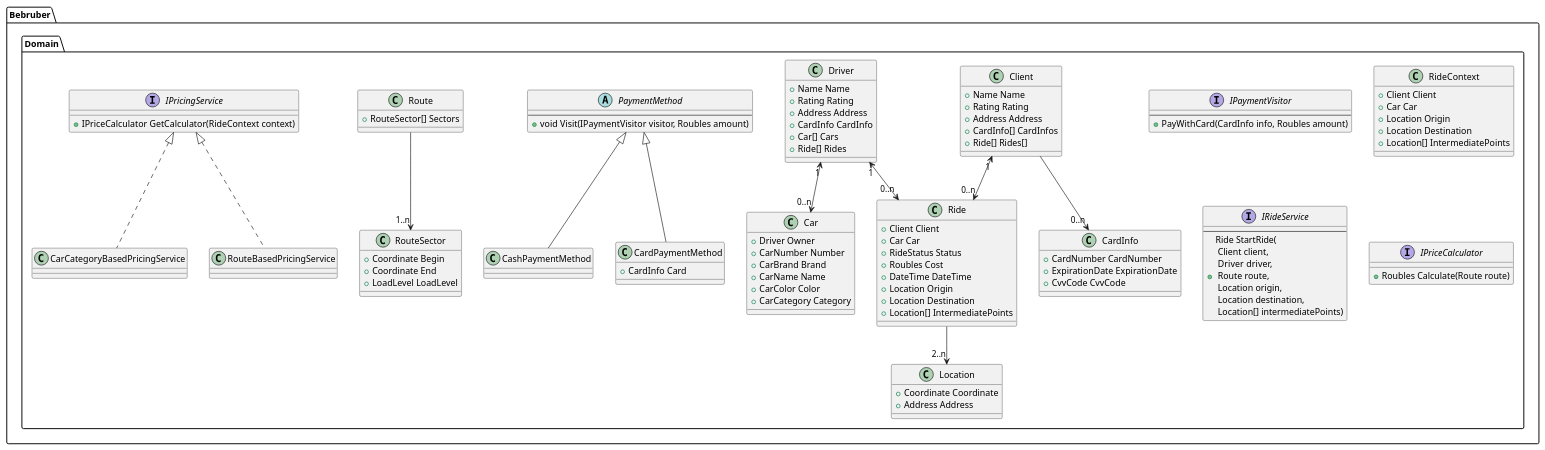
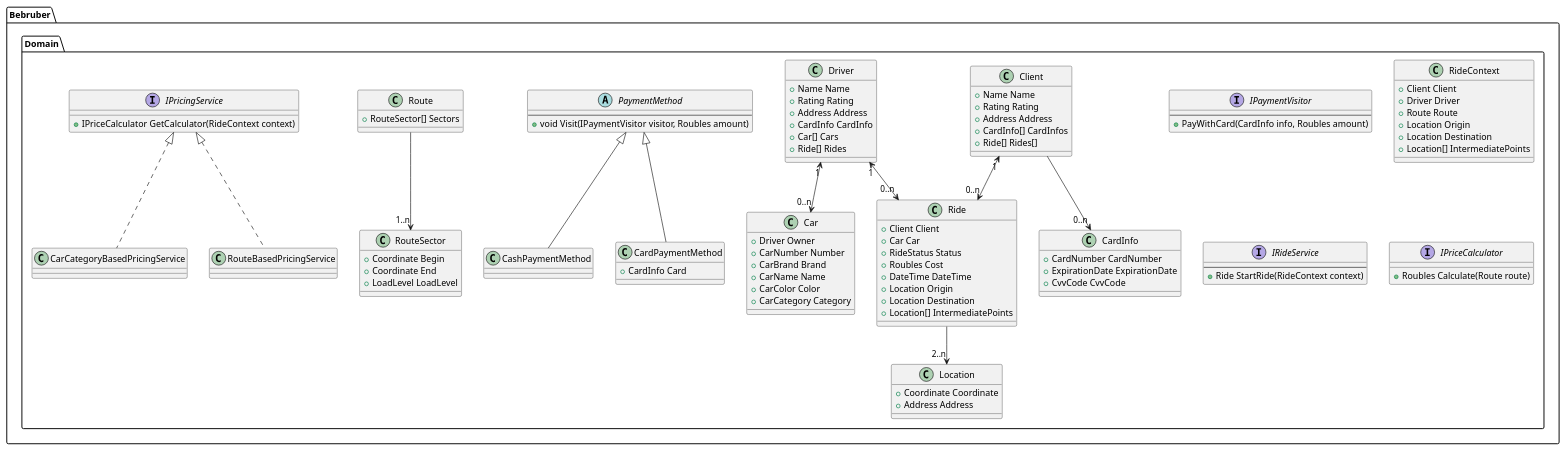
The diagram in docs/structure.puml (is-oop-y24/bebruber), drawn with PlantUML before and after one commit. The commit also changed 1 other file, not shown here.

Commit message:
refactor: diagrams

```diff
--- a/docs/structure.puml
+++ b/docs/structure.puml
@@ -1,135 +1,136 @@
 @startuml Structure
 'https://plantuml.com/class-diagram
 
 package Bebruber.Domain
 {
     class Client
     {
         + Name Name
         + Rating Rating
         + Address Address
         + CardInfo[] CardInfos
         + Ride[] Rides[]
     }
 
     class Driver
     {
         + Name Name
         + Rating Rating
         + Address Address
         + CardInfo CardInfo
         + Car[] Cars
         + Ride[] Rides
     }
 
     class CardInfo
     {
         + CardNumber CardNumber
         + ExpirationDate ExpirationDate
         + CvvCode CvvCode
     }
     
     interface IPaymentVisitor
     {
         --
         + PayWithCard(CardInfo info, Roubles amount)
     }
 
     abstract class PaymentMethod
     {
         --
         + void Visit(IPaymentVisitor visitor, Roubles amount)
     }
 
     PaymentMethod <|-- CashPaymentMethod
     class CashPaymentMethod
 
     PaymentMethod <|-- CardPaymentMethod
     class CardPaymentMethod
     {
         + CardInfo Card
     }
 
     class Car
     {
         + Driver Owner
         + CarNumber Number
         + CarBrand Brand
         + CarName Name
         + CarColor Color
         + CarCategory Category
     }
 
     class Ride
     {
         + Client Client
         + Car Car
         + RideStatus Status
         + Roubles Cost
         + DateTime DateTime
         + Location Origin
         + Location Destination
         + Location[] IntermediatePoints
     }
 
     class Location
     {
         + Coordinate Coordinate
         + Address Address
     }
 
     class Route
     {
         + RouteSector[] Sectors
     }
 
     class RouteSector
     {
         + Coordinate Begin
         + Coordinate End
         + LoadLevel LoadLevel
     }
 
     class RideContext
     {
         + Client Client
-        + Car Car
+        + Driver Driver
+        + Route Route
         + Location Origin
         + Location Destination 
         + Location[] IntermediatePoints
     }
 
     interface IRideService
     {
         --
-        + Ride StartRide(\n Client client, \n Driver driver, \n Route route, \n Location origin,\n Location destination, \n Location[] intermediatePoints)
+        + Ride StartRide(RideContext context)
     }
 
     interface IPriceCalculator
     {
         + Roubles Calculate(Route route)
     }
 
     interface IPricingService
     {
         + IPriceCalculator GetCalculator(RideContext context)
     }
 
     IPricingService <|.. CarCategoryBasedPricingService
     class CarCategoryBasedPricingService
 
     IPricingService <|.. RouteBasedPricingService
     class RouteBasedPricingService
 
     Client --> "0..n" CardInfo
     Client "1" <--> "0..n" Ride
 
     Driver "1" <--> "0..n" Car
     Driver "1" <--> "0..n" Ride
 
     Ride --> "2..n" Location
 
     Route --> "1..n" RouteSector
 }
 
 @enduml
```
